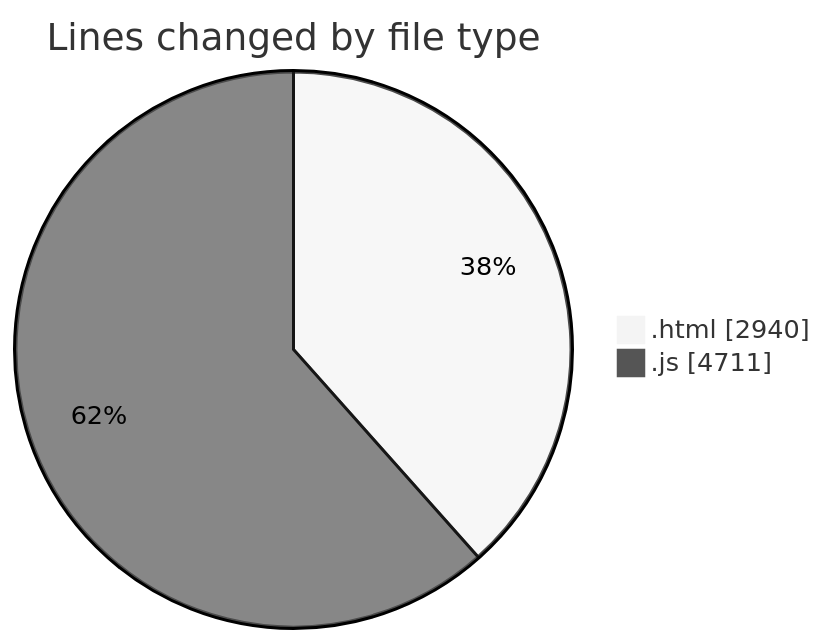
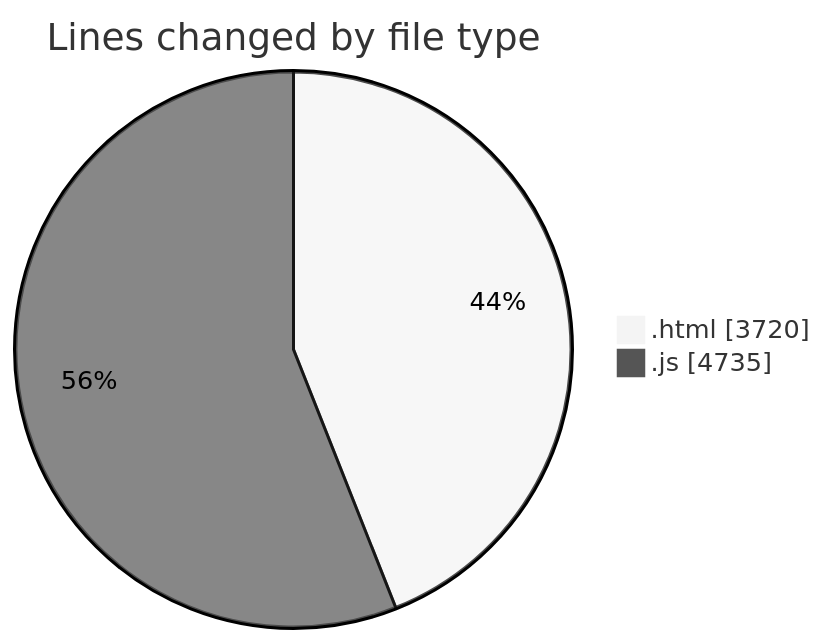
Before and after one commit to becaeroporto-bot/code-tracking: the first of 2 diagrams in 2026-02-19/bot_v1_2/README.md, drawn with Mermaid (neutral theme). The commit also changed other lines of this file and 1 other file, not shown here.

````diff
--- a/2026-02-19/bot_v1_2/README.md
+++ b/2026-02-19/bot_v1_2/README.md
@@ -28,6 +28,6 @@
 ```mermaid
 pie showData
 title Lines changed by file type
-".html" : 2940
-".js" : 4711
+".html" : 3720
+".js" : 4735
 ```
````
